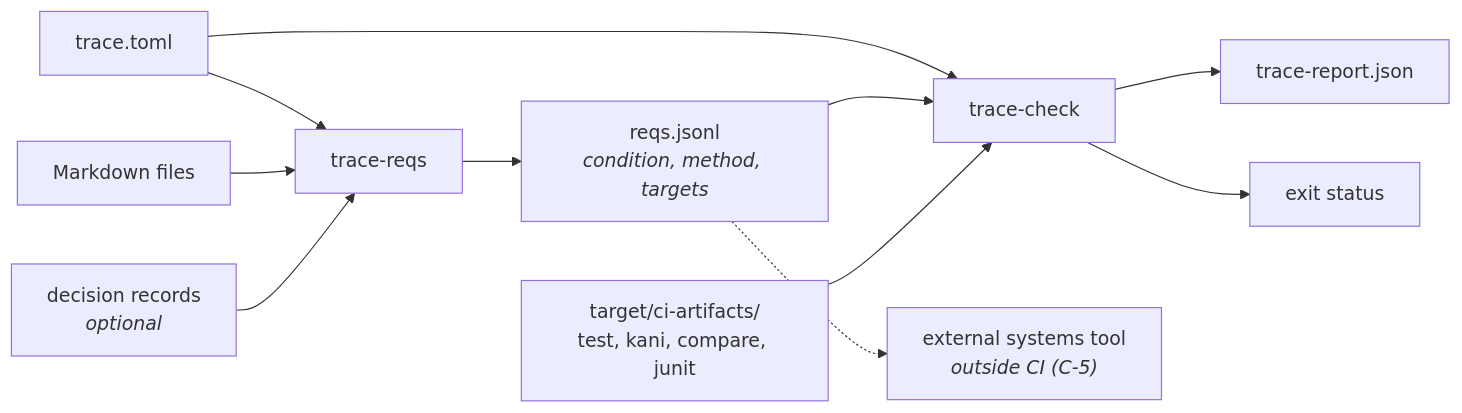
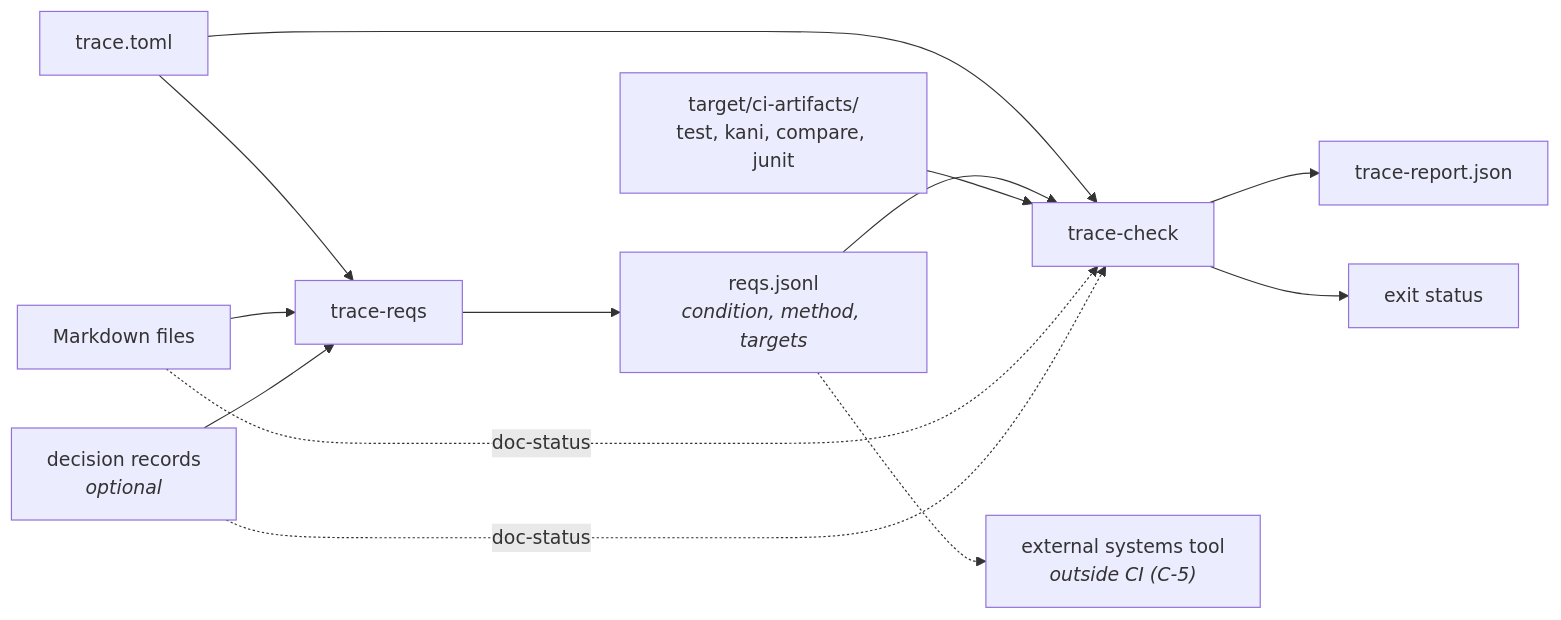
Before and after one commit to Dyse-Industries/control-rs: the first of 2 diagrams in documentation/vv/requirement-traceability-design.md, drawn with Mermaid. The commit also changed other lines of this file and 9 other files, not shown here.

````diff
--- a/documentation/vv/requirement-traceability-design.md
+++ b/documentation/vv/requirement-traceability-design.md
@@ -261,13 +261,15 @@
 ```mermaid
 flowchart LR
     Cfg["trace.toml"] --> TR
     Cfg --> TC
     Docs["Markdown files"] --> TR["trace-reqs"]
     Dec["decision records<br/><i>optional</i>"] --> TR
     TR --> RJ["reqs.jsonl<br/><i>condition, method, targets</i>"]
     RJ --> TC["trace-check"]
     Logs["target/ci-artifacts/<br/>test, kani, compare, junit"] --> TC
+    Docs -.->|" doc-status "| TC
+    Dec -.->|" doc-status "| TC
     TC --> Rep["trace-report.json"]
     TC --> Exit["exit status"]
     RJ -.-> Ext["external systems tool<br/><i>outside CI (C-5)</i>"]
 ```
````
